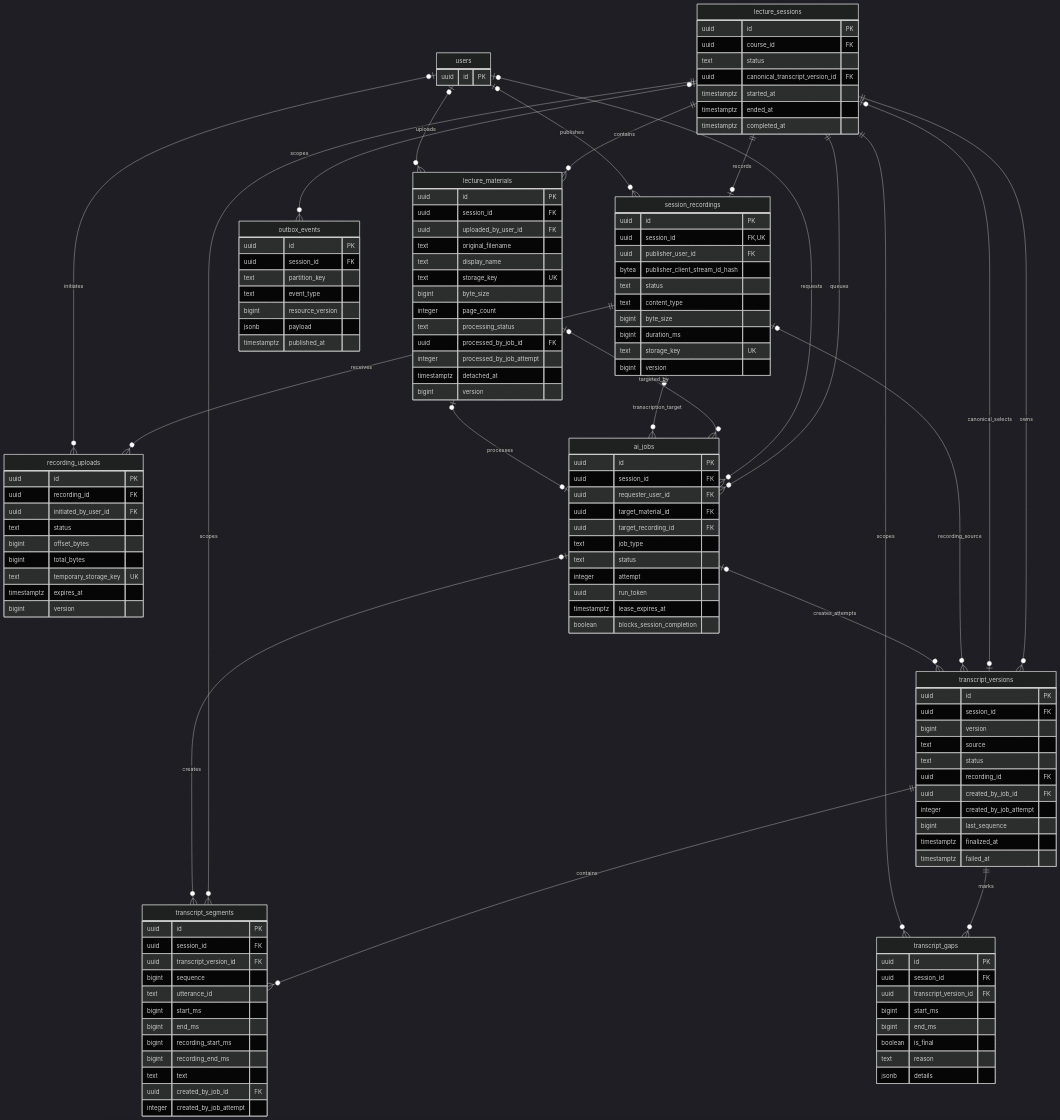
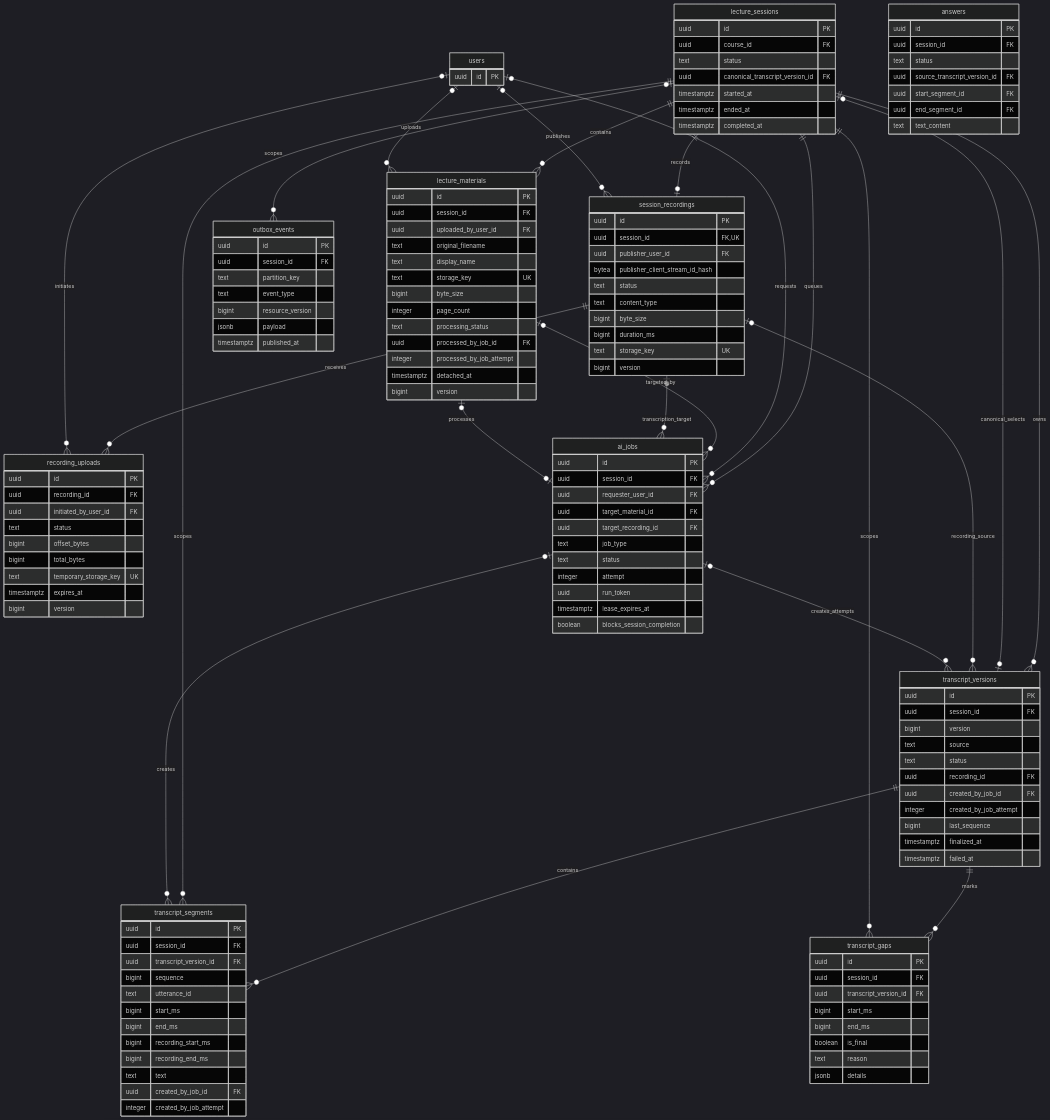
Before and after one commit to madcamp-official/26s-w2-c2-08: the second of 5 diagrams in docs/database/ERD.md, drawn with Mermaid (dark theme). The commit also changed other lines of this file and 1 other file, not shown here.

```diff
--- a/docs/database/ERD.md
+++ b/docs/database/ERD.md
@@ -198,6 +198,16 @@
         bigint last_sequence
         timestamptz finalized_at
         timestamptz failed_at
+    }
+
+    answers["answers"] {
+        uuid id PK
+        uuid session_id FK
+        text status
+        uuid source_transcript_version_id FK
+        uuid start_segment_id FK
+        uuid end_segment_id FK
+        text text_content
     }
 
     transcriptSegments["transcript_segments"] {
```
